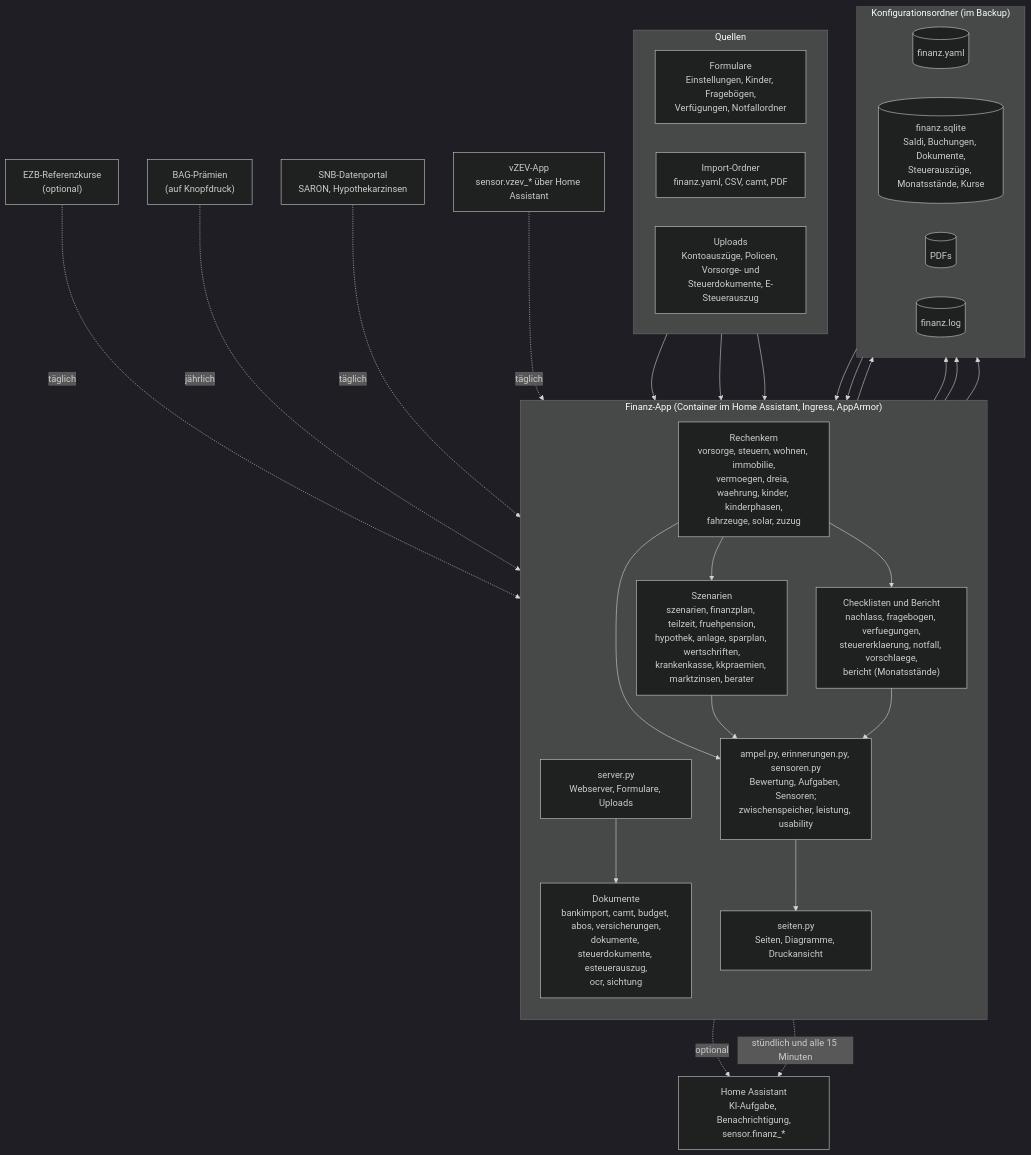
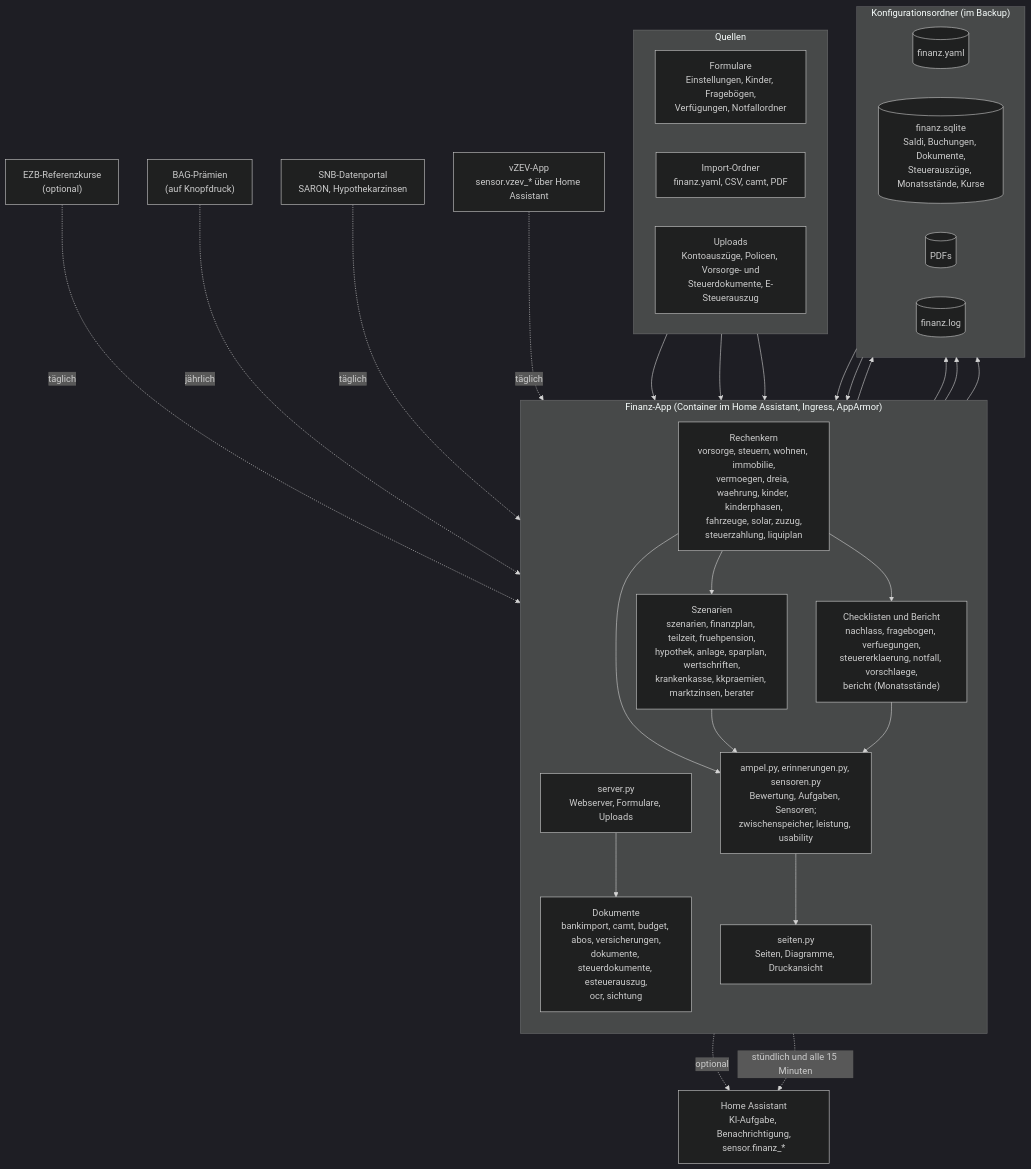
One commit to khu1985/finanz-ha changed the diagram in docs/architektur.mmd. Above: the diagram before and after it, drawn with Mermaid (dark theme). The commit also changed 18 other files, not shown here.

```diff
--- a/docs/architektur.mmd
+++ b/docs/architektur.mmd
@@ -1,38 +1,38 @@
 flowchart TB
     subgraph Quellen
         direction LR
         F["Formulare<br/>Einstellungen, Kinder, Fragebögen,<br/>Verfügungen, Notfallordner"]
         I["Import-Ordner<br/>finanz.yaml, CSV, camt, PDF"]
         U["Uploads<br/>Kontoauszüge, Policen, Vorsorge- und<br/>Steuerdokumente, E-Steuerauszug"]
     end
     subgraph App["Finanz-App (Container im Home Assistant, Ingress, AppArmor)"]
         direction TB
         S["server.py<br/>Webserver, Formulare, Uploads"]
         D["Dokumente<br/>bankimport, camt, budget, abos, versicherungen,<br/>dokumente, steuerdokumente, esteuerauszug,<br/>ocr, sichtung"]
-        K["Rechenkern<br/>vorsorge, steuern, wohnen, immobilie,<br/>vermoegen, dreia, waehrung, kinder, kinderphasen,<br/>fahrzeuge, solar, zuzug"]
+        K["Rechenkern<br/>vorsorge, steuern, wohnen, immobilie,<br/>vermoegen, dreia, waehrung, kinder, kinderphasen,<br/>fahrzeuge, solar, zuzug,<br/>steuerzahlung, liquiplan"]
         Z["Szenarien<br/>szenarien, finanzplan, teilzeit, fruehpension,<br/>hypothek, anlage, sparplan, wertschriften,<br/>krankenkasse, kkpraemien, marktzinsen, berater"]
         C["Checklisten und Bericht<br/>nachlass, fragebogen, verfuegungen,<br/>steuererklaerung, notfall, vorschlaege,<br/>bericht (Monatsstände)"]
         A["ampel.py, erinnerungen.py, sensoren.py<br/>Bewertung, Aufgaben, Sensoren;<br/>zwischenspeicher, leistung, usability"]
         SE["seiten.py<br/>Seiten, Diagramme, Druckansicht"]
     end
     subgraph Daten["Konfigurationsordner (im Backup)"]
         direction LR
         Y[("finanz.yaml")]
         DB[("finanz.sqlite<br/>Saldi, Buchungen, Dokumente,<br/>Steuerauszüge, Monatsstände, Kurse")]
         P[("PDFs")]
         L[("finanz.log")]
     end
     HA["Home Assistant<br/>KI-Aufgabe, Benachrichtigung,<br/>sensor.finanz_*"]
     F & I & U --> S
     S --> D --> DB & P
     S --> Y
     Y & DB --> K --> Z
     K --> C
     K & Z & C --> A --> SE
     Z -. optional .-> HA
     EZB["EZB-Referenzkurse<br/>(optional)"] -. täglich .-> K
     BAG["BAG-Prämien<br/>(auf Knopfdruck)"] -. jährlich .-> Z
     SNB["SNB-Datenportal<br/>SARON, Hypothekarzinsen"] -. täglich .-> Z
     A -. stündlich und alle 15 Minuten .-> HA
     VZ["vZEV-App<br/>sensor.vzev_* über Home Assistant"] -. täglich .-> K
     S --> L
```
